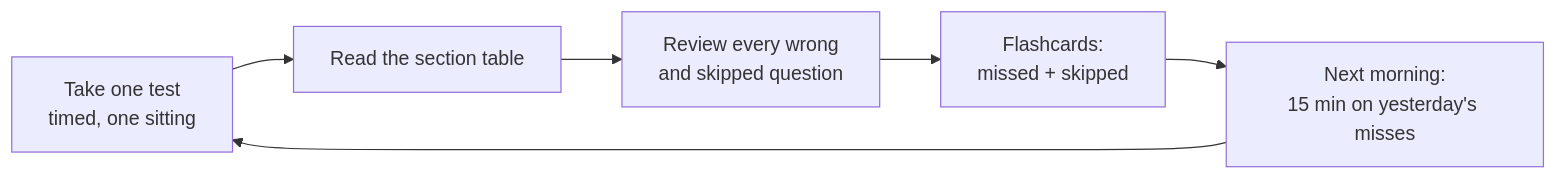
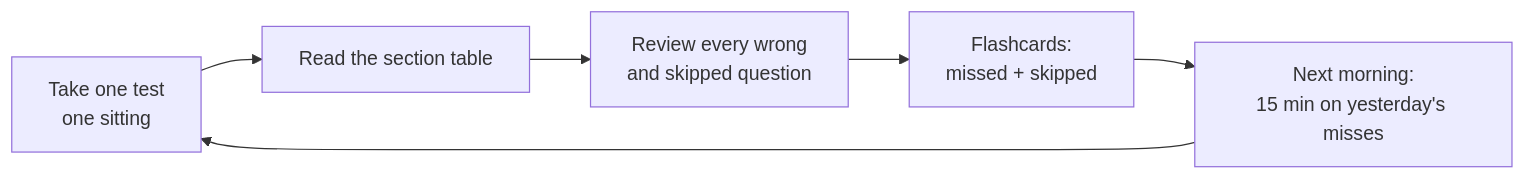
One commit to mursalfk/spsc-cce-mock-tests changed the first of 2 diagrams in README.md. Above: the diagram before and after it, drawn with Mermaid. The commit also changed other lines of this file and 34 other files, not shown here.

````diff
--- a/README.md
+++ b/README.md
@@ -63,8 +66,8 @@
 ```mermaid
 flowchart LR
-    A[Take one test<br/>timed, one sitting] --> B[Read the section table]
+    A[Take one test<br/>one sitting] --> B[Read the section table]
     B --> C[Review every wrong<br/>and skipped question]
     C --> D[Flashcards:<br/>missed + skipped]
     D --> E[Next morning:<br/>15 min on yesterday's misses]
     E --> A
 ```
````
